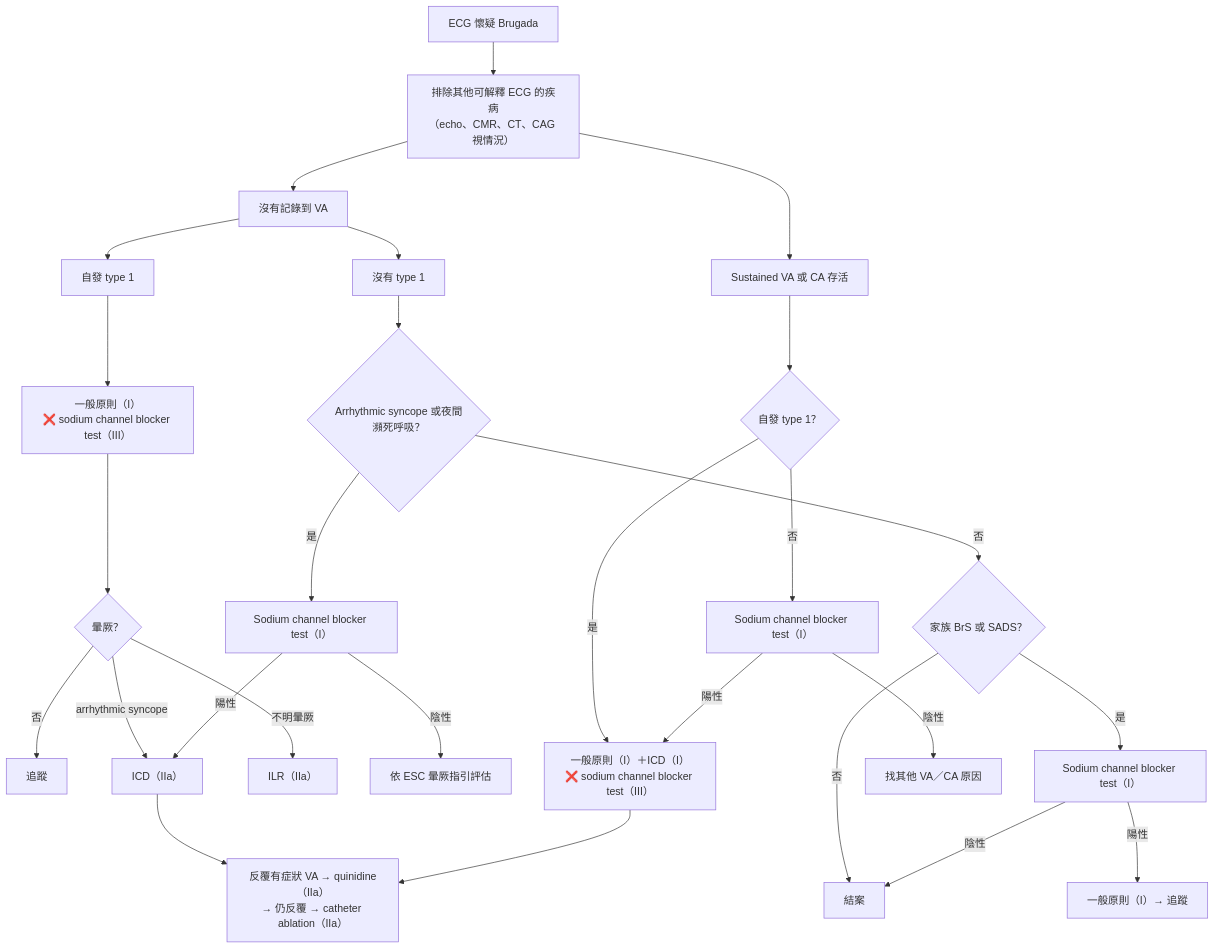
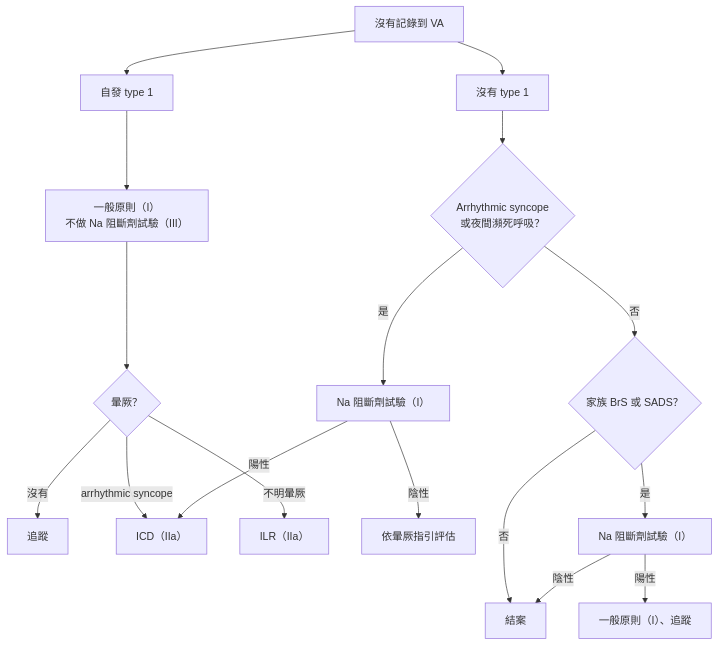
The third of 5 diagrams in content/cardiology/ventricular-arrhythmia-esc-2022/va22-5-primary-electrical.md (youngmd-notes/youngmd-notes.github.io), drawn with Mermaid before and after one commit. The commit also changed other lines of this file and 7 other files, not shown here.

First line of the commit message:
VA 筆記呈現改進：大流程圖拆段、AAD 表改卡片、重點分層、加 danger 提示；新增 lidocaine 與 amiodarone pump 選擇

````diff
--- a/content/cardiology/ventricular-arrhythmia-esc-2022/va22-5-primary-electrical.md
+++ b/content/cardiology/ventricular-arrhythmia-esc-2022/va22-5-primary-electrical.md
@@ -215,29 +237,19 @@
 ```mermaid
 flowchart TD
-    A["ECG 懷疑 Brugada"] --> X["排除其他可解釋 ECG 的疾病<br/>（echo、CMR、CT、CAG 視情況）"]
-    X --> B["沒有記錄到 VA"]
-    X --> C["Sustained VA 或 CA 存活"]
-    B --> D["自發 type 1"]
+    B["沒有記錄到 VA"] --> D["自發 type 1"]
     B --> E["沒有 type 1"]
-    D --> F["一般原則（I）<br/>❌ sodium channel blocker test（III）"]
+    D --> F["一般原則（I）<br/>不做 Na 阻斷劑試驗（III）"]
     F --> G{"暈厥？"}
-    G -->|否| G1["追蹤"]
+    G -->|沒有| G1["追蹤"]
     G -->|"arrhythmic syncope"| H["ICD（IIa）"]
     G -->|"不明暈厥"| G2["ILR（IIa）"]
-    E --> I{"Arrhythmic syncope 或夜間瀕死呼吸？"}
-    I -->|是| J["Sodium channel blocker test（I）"]
+    E --> I{"Arrhythmic syncope<br/>或夜間瀕死呼吸？"}
+    I -->|是| J["Na 阻斷劑試驗（I）"]
     J -->|陽性| H
-    J -->|陰性| J1["依 ESC 暈厥指引評估"]
+    J -->|陰性| J1["依暈厥指引評估"]
     I -->|否| K{"家族 BrS 或 SADS？"}
     K -->|否| K1["結案"]
-    K -->|是| L["Sodium channel blocker test（I）"]
-    L -->|陽性| L1["一般原則（I）→ 追蹤"]
+    K -->|是| L["Na 阻斷劑試驗（I）"]
+    L -->|陽性| L1["一般原則（I）、追蹤"]
     L -->|陰性| K1
-    C --> M{"自發 type 1？"}
-    M -->|是| N["一般原則（I）＋ICD（I）<br/>❌ sodium channel blocker test（III）"]
-    M -->|否| O["Sodium channel blocker test（I）"]
-    O -->|陽性| N
-    O -->|陰性| O1["找其他 VA／CA 原因"]
-    H --> P["反覆有症狀 VA → quinidine（IIa）<br/>→ 仍反覆 → catheter ablation（IIa）"]
-    N --> P
 ```
````
